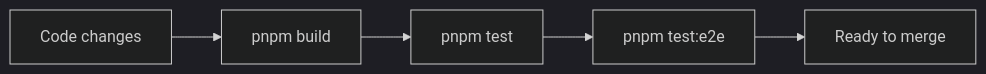
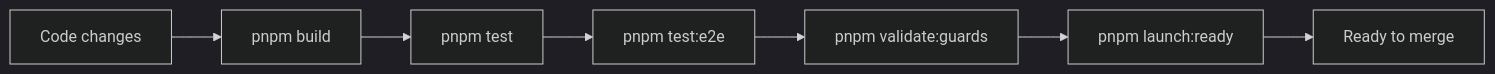
Before and after one commit to actions-marketplace-validations/mttaylor_cullit: the sixth of 6 diagrams in architecture-docs/ARCHITECTURE_INTERNAL.md, drawn with Mermaid (dark theme). The commit also changed other lines of this file and 11 other files, not shown here.

````diff
--- a/architecture-docs/ARCHITECTURE_INTERNAL.md
+++ b/architecture-docs/ARCHITECTURE_INTERNAL.md
@@ -134,10 +134,12 @@
 ```mermaid
 flowchart LR
   Code[Code changes]
   Build[pnpm build]
   Unit[pnpm test]
   E2E[pnpm test:e2e]
+  Guards[pnpm validate:guards]
+  Launch[pnpm launch:ready]
   Ready[Ready to merge]
 
-  Code --> Build --> Unit --> E2E --> Ready
+  Code --> Build --> Unit --> E2E --> Guards --> Launch --> Ready
 ```
````
